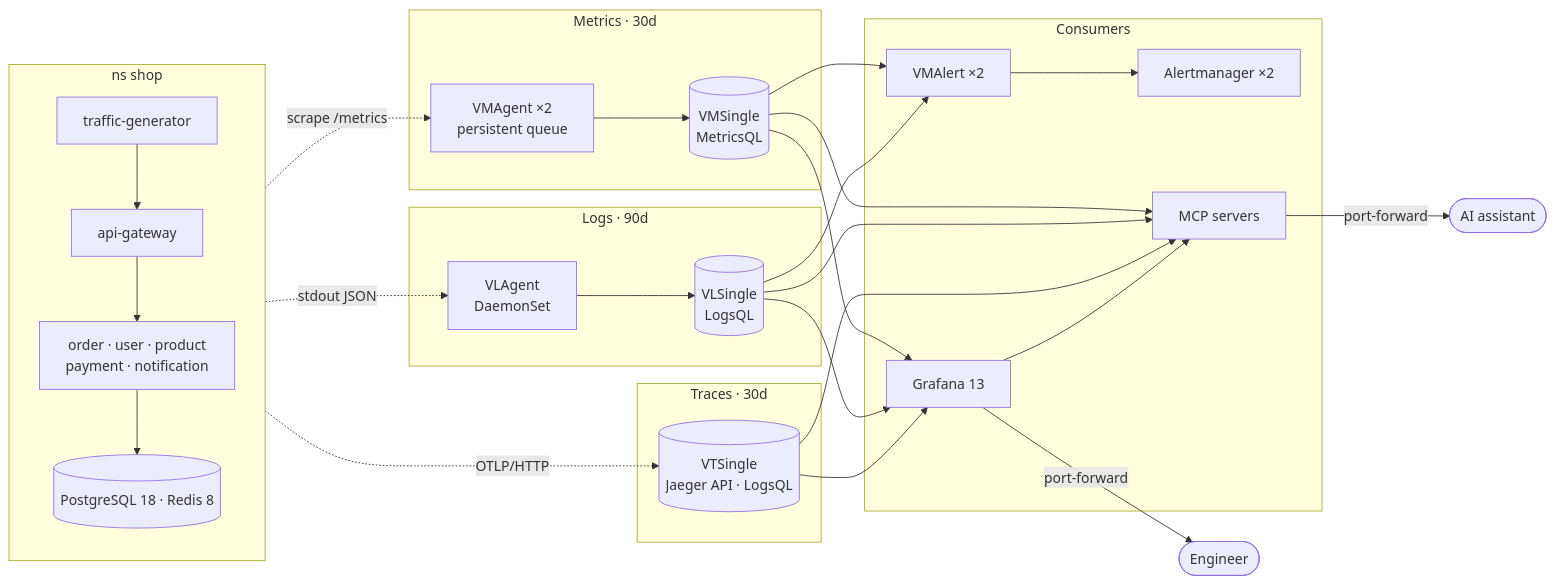
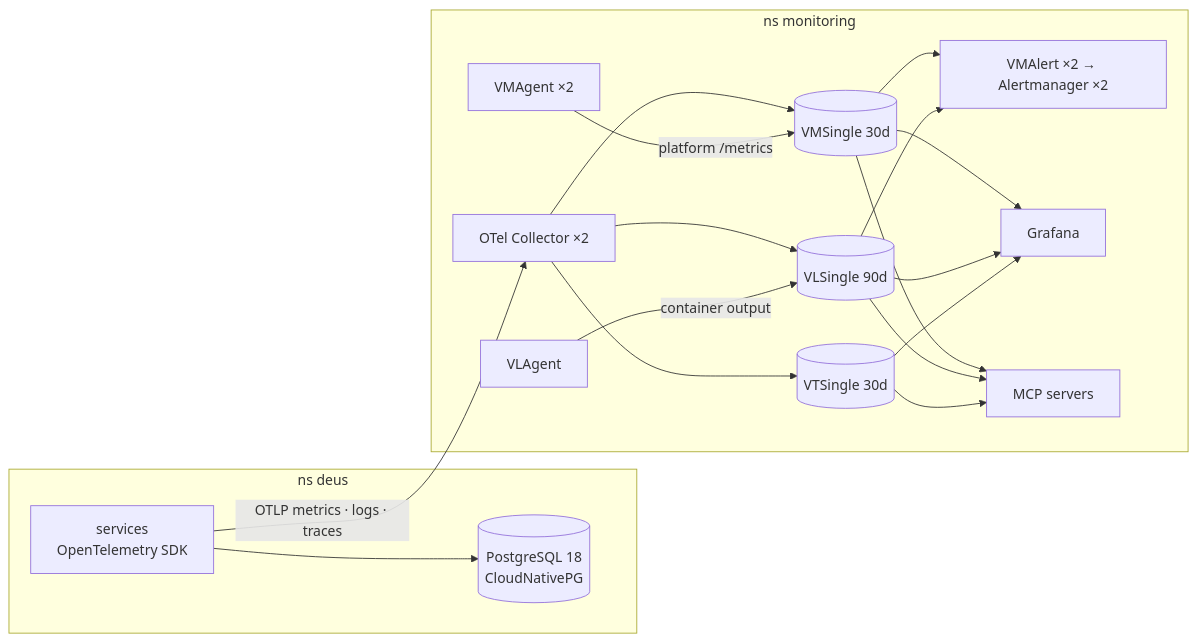
Before and after one commit to alice101-dev/k8s-victoria-observability: the second of 2 diagrams in README.md, drawn with Mermaid. The commit also changed other lines of this file and 283 other files, not shown here.

First line of the commit message:
Platform repository: ApplicationSets, addons and configs, OpenTelemetry gateway

````diff
--- a/README.md
+++ b/README.md
@@ -61,39 +70,25 @@
 ```mermaid
 flowchart LR
-  subgraph shop["ns shop"]
-    direction TB
-    tg["traffic-generator"] --> gw["api-gateway"]
-    gw --> svcs["order · user · product<br/>payment · notification"]
-    svcs --> data[("PostgreSQL 18 · Redis 8")]
+  subgraph deus["ns deus"]
+    svc["services<br/>OpenTelemetry SDK"]
+    db[("PostgreSQL 18<br/>CloudNativePG")]
+    svc --> db
   end
-
-  subgraph metrics["Metrics · 30d"]
-    vmagent["VMAgent ×2<br/>persistent queue"] --> vmsingle[("VMSingle<br/>MetricsQL")]
-  end
-
-  subgraph logs["Logs · 90d"]
-    vlagent["VLAgent<br/>DaemonSet"] --> vlsingle[("VLSingle<br/>LogsQL")]
-  end
-
-  subgraph traces["Traces · 30d"]
-    vtsingle[("VTSingle<br/>Jaeger API · LogsQL")]
-  end
-
-  subgraph use["Consumers"]
-    vmalert["VMAlert ×2"] --> am["Alertmanager ×2"]
-    grafana["Grafana 13"]
+  subgraph mon["ns monitoring"]
+    otel["OTel Collector ×2"]
+    vm[("VMSingle 30d")]
+    vl[("VLSingle 90d")]
+    vt[("VTSingle 30d")]
+    vma["VMAgent ×2"]
+    vla["VLAgent"]
+    alert["VMAlert ×2 → Alertmanager ×2"]
+    grafana["Grafana"]
     mcp["MCP servers"]
   end
-
-  shop -. "scrape /metrics" .-> vmagent
-  shop -. "stdout JSON" .-> vlagent
-  shop -. "OTLP/HTTP" .-> vtsingle
-
-  vmsingle --> vmalert & grafana & mcp
-  vlsingle --> vmalert & grafana & mcp
-  vtsingle --> grafana & mcp
-  grafana --> mcp
-
-  grafana -- "port-forward" --> eng(["Engineer"])
-  mcp -- "port-forward" --> ai(["AI assistant"])
+  svc -- "OTLP metrics · logs · traces" --> otel
+  otel --> vm & vl & vt
+  vma -- "platform /metrics" --> vm
+  vla -- "container output" --> vl
+  vm & vl --> alert
+  vm & vl & vt --> grafana & mcp
 ```
````
